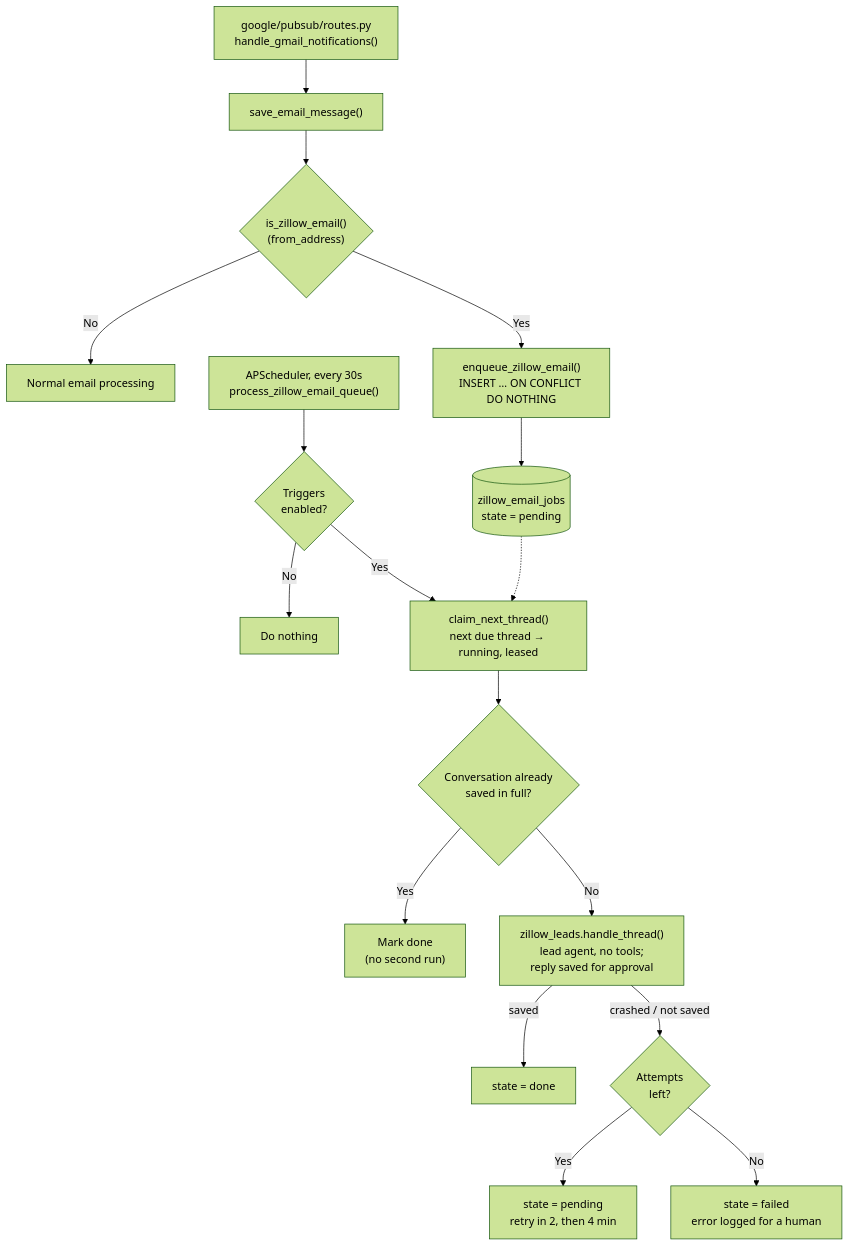
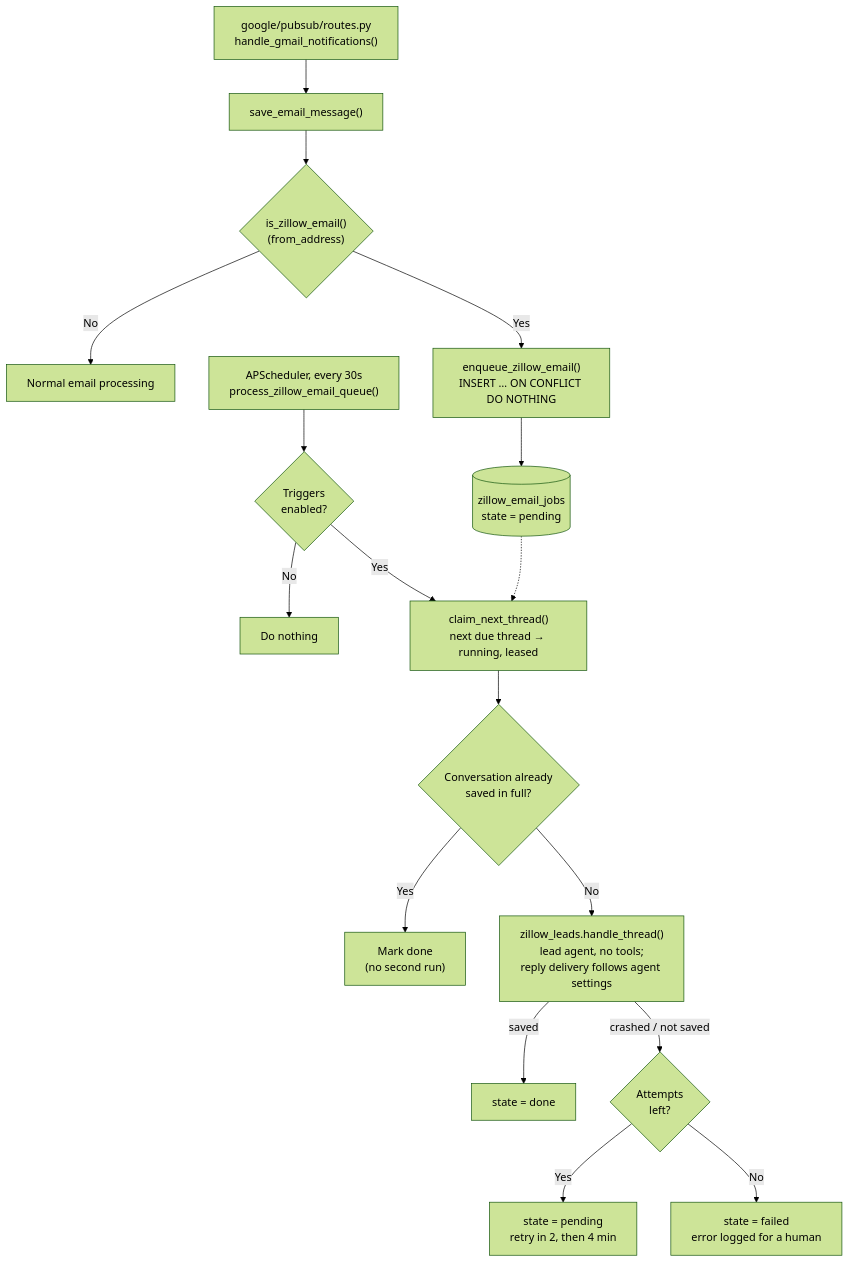
Before and after one commit to EmilioEsposito/portfolio: the fourth of 4 diagrams in api/src/sernia_ai/triggers/README.md, drawn with Mermaid (forest theme). The commit also changed other lines of this file and 23 other files, not shown here.

Commit message:
Add Zillow workspace tabs and dedicated email approval settings

````diff
--- a/api/src/sernia_ai/triggers/README.md
+++ b/api/src/sernia_ai/triggers/README.md
@@ -122,20 +125,20 @@
 ```mermaid
 flowchart TD
     PUBSUB["google/pubsub/routes.py<br/>handle_gmail_notifications()"] --> SAVE["save_email_message()"]
     SAVE --> CHECK{"is_zillow_email()<br/>(from_address)"}
     CHECK -->|No| DONE["Normal email processing"]
     CHECK -->|Yes| ENQ["enqueue_zillow_email()<br/>INSERT … ON CONFLICT DO NOTHING"]
     ENQ --> ROW[("zillow_email_jobs<br/>state = pending")]
 
     TICK["APScheduler, every 30s<br/>process_zillow_email_queue()"] --> ENABLED{"Triggers<br/>enabled?"}
     ENABLED -->|No| IDLE["Do nothing"]
     ENABLED -->|Yes| CLAIM["claim_next_thread()<br/>next due thread → running, leased"]
     ROW -.-> CLAIM
     CLAIM --> SEEN{"Conversation already<br/>saved in full?"}
     SEEN -->|Yes| MARK["Mark done<br/>(no second run)"]
-    SEEN -->|No| RUN["zillow_leads.handle_thread()<br/>lead agent, no tools;<br/>reply saved for approval"]
+    SEEN -->|No| RUN["zillow_leads.handle_thread()<br/>lead agent, no tools;<br/>reply delivery follows agent settings"]
     RUN -->|saved| OK["state = done"]
     RUN -->|crashed / not saved| RETRY{"Attempts<br/>left?"}
     RETRY -->|Yes| BACK["state = pending<br/>retry in 2, then 4 min"]
     RETRY -->|No| DEAD["state = failed<br/>error logged for a human"]
 ```
````
